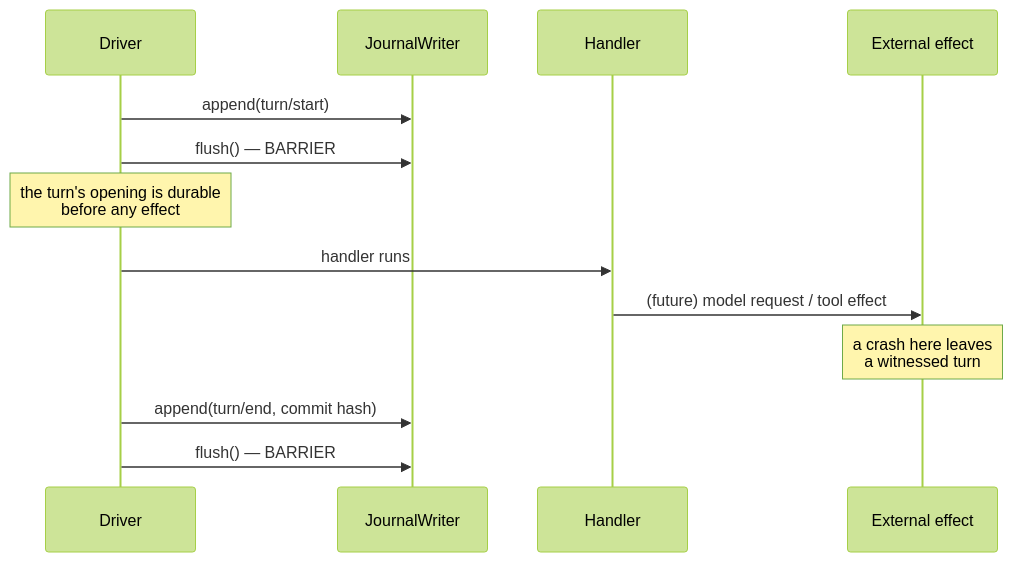
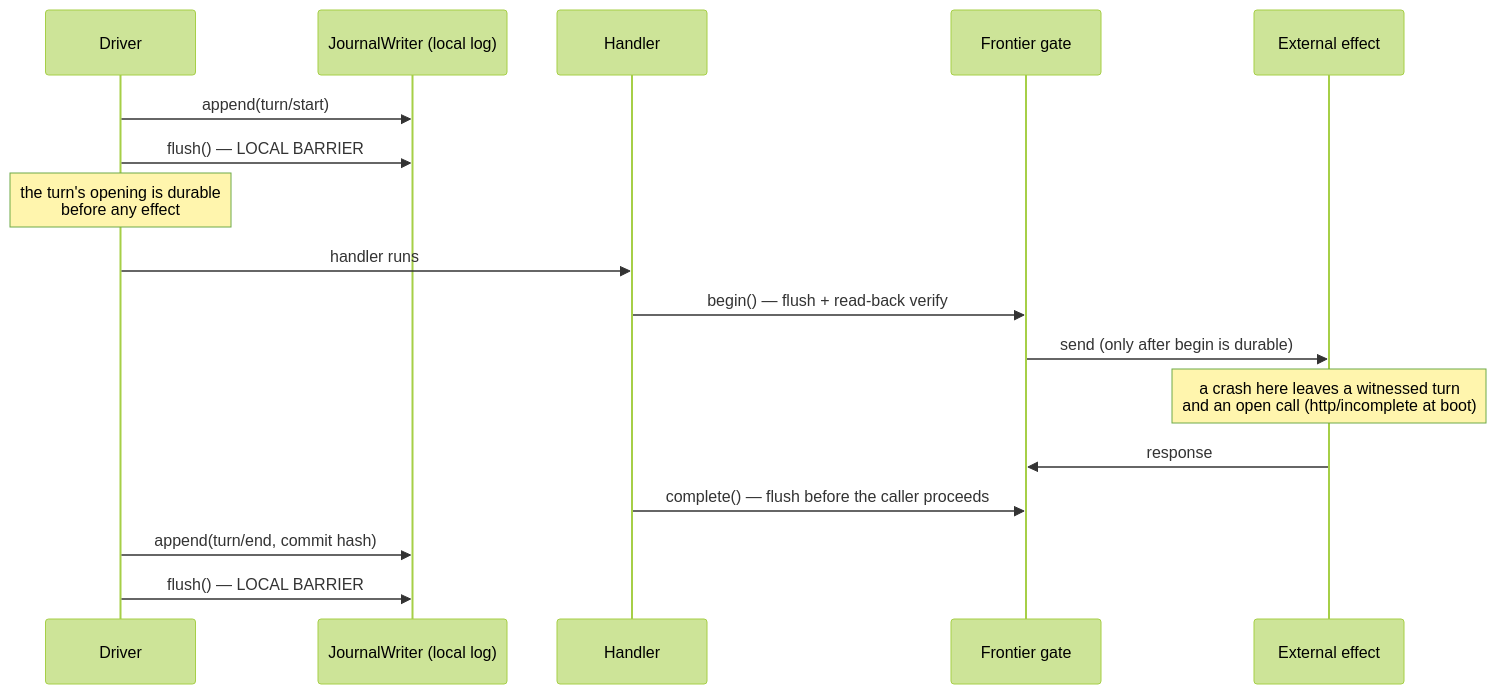
Before and after one commit to NoeGuedet/emergent-society: the fourth of 7 diagrams in docs/architecture.md, drawn with Mermaid (forest theme). The commit also changed other lines of this file and 8 other files, not shown here.

Commit message:
docs: the frontier journal is the truth; the local log is a cold-start artifact (C1.4d T9)

````diff
--- a/docs/architecture.md
+++ b/docs/architecture.md
@@ -241,16 +259,20 @@
 ```mermaid
 sequenceDiagram
     participant D as Driver
-    participant W as JournalWriter
+    participant W as JournalWriter (local log)
     participant H as Handler
+    participant F as Frontier gate
     participant X as External effect
 
     D->>W: append(turn/start)
-    D->>W: flush() — BARRIER
+    D->>W: flush() — LOCAL BARRIER
     Note over D: the turn's opening is durable<br/>before any effect
     D->>H: handler runs
-    H->>X: (future) model request / tool effect
-    Note over X: a crash here leaves<br/>a witnessed turn
+    H->>F: begin() — flush + read-back verify
+    F->>X: send (only after begin is durable)
+    Note over X: a crash here leaves a witnessed turn<br/>and an open call (http/incomplete at boot)
+    X->>F: response
+    H->>F: complete() — flush before the caller proceeds
     D->>W: append(turn/end, commit hash)
-    D->>W: flush() — BARRIER
+    D->>W: flush() — LOCAL BARRIER
 ```
````
